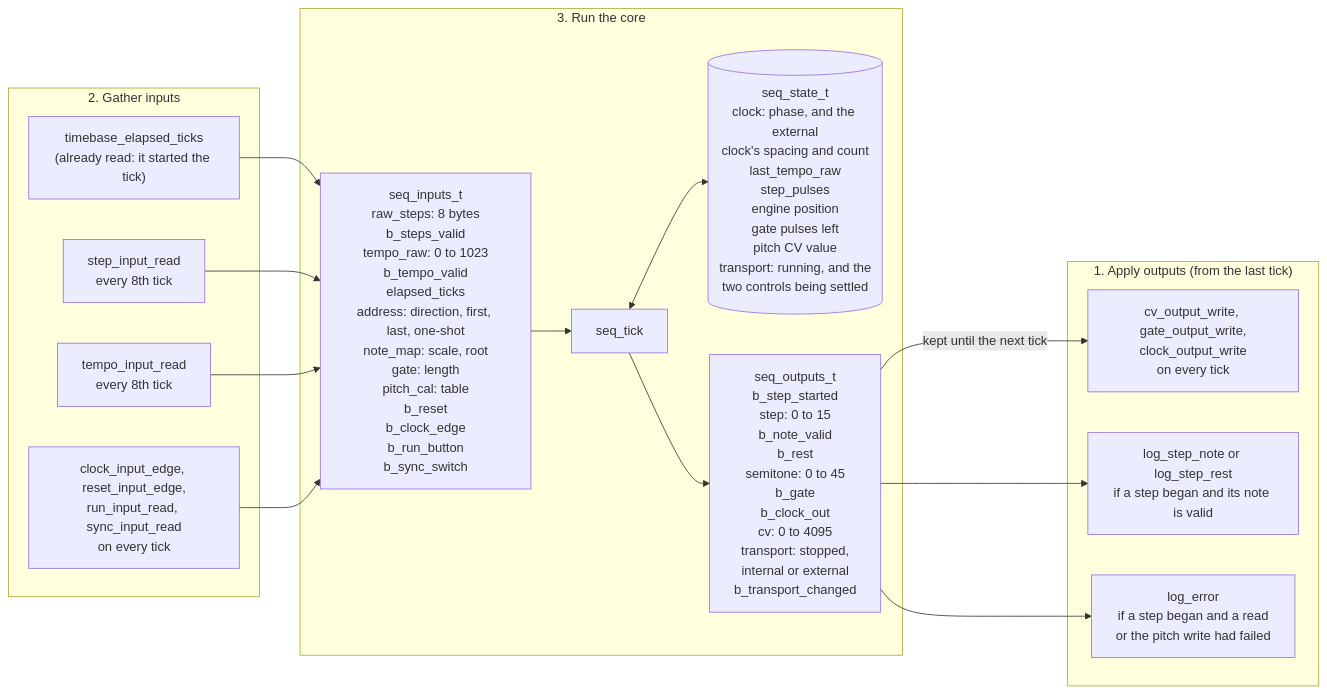
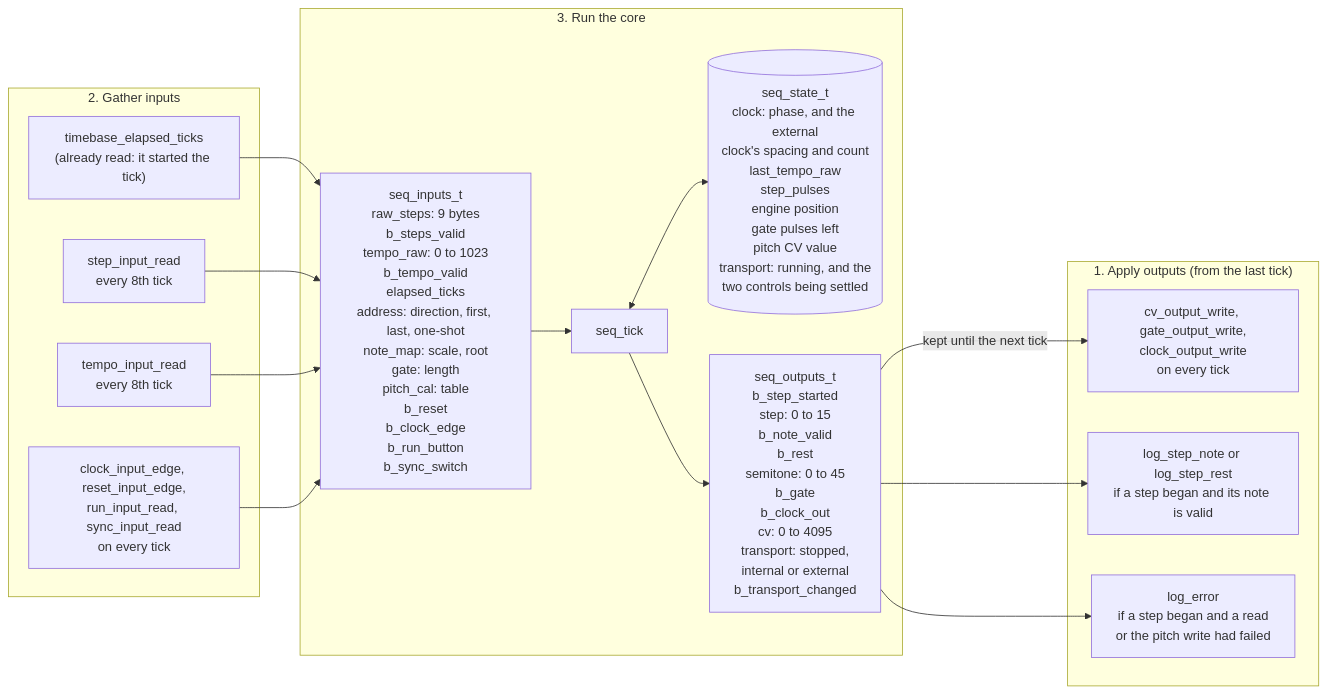
One commit to BonelessPig/nano_sequencer changed the fifth of 27 diagrams in docs/ARCHITECTURE.md. Above: the diagram before and after it, drawn with Mermaid. The commit also changed other lines of this file and 35 other files, not shown here.

````diff
--- a/docs/ARCHITECTURE.md
+++ b/docs/ARCHITECTURE.md
@@ -221,30 +222,30 @@
 ```mermaid
 flowchart LR
     subgraph apply["1. Apply outputs (from the last tick)"]
         pins["cv_output_write, gate_output_write,<br/>clock_output_write<br/>on every tick"]
         logn["log_step_note or log_step_rest<br/>if a step began and its note is valid"]
         loge["log_error<br/>if a step began and a read<br/>or the pitch write had failed"]
     end
     subgraph gather["2. Gather inputs"]
         tb["timebase_elapsed_ticks<br/>(already read: it started the tick)"]
         sr["step_input_read<br/>every 8th tick"]
         tr["tempo_input_read<br/>every 8th tick"]
         ti["clock_input_edge, reset_input_edge,<br/>run_input_read, sync_input_read<br/>on every tick"]
     end
     subgraph run["3. Run the core"]
-        in["seq_inputs_t<br/>raw_steps: 8 bytes<br/>b_steps_valid<br/>tempo_raw: 0 to 1023<br/>b_tempo_valid<br/>elapsed_ticks<br/>address: direction, first, last, one-shot<br/>note_map: scale, root<br/>gate: length<br/>pitch_cal: table<br/>b_reset<br/>b_clock_edge<br/>b_run_button<br/>b_sync_switch"]
+        in["seq_inputs_t<br/>raw_steps: 9 bytes<br/>b_steps_valid<br/>tempo_raw: 0 to 1023<br/>b_tempo_valid<br/>elapsed_ticks<br/>address: direction, first, last, one-shot<br/>note_map: scale, root<br/>gate: length<br/>pitch_cal: table<br/>b_reset<br/>b_clock_edge<br/>b_run_button<br/>b_sync_switch"]
         tick["seq_tick"]
         state[("seq_state_t<br/>clock: phase, and the external<br/>clock's spacing and count<br/>last_tempo_raw<br/>step_pulses<br/>engine position<br/>gate pulses left<br/>pitch CV value<br/>transport: running, and the<br/>two controls being settled")]
         out["seq_outputs_t<br/>b_step_started<br/>step: 0 to 15<br/>b_note_valid<br/>b_rest<br/>semitone: 0 to 45<br/>b_gate<br/>b_clock_out<br/>cv: 0 to 4095<br/>transport: stopped,<br/>internal or external<br/>b_transport_changed"]
     end
     tb --> in
     sr --> in
     tr --> in
     ti --> in
     in --> tick
     tick <--> state
     tick --> out
     out -->|"kept until the next tick"| pins
     out --> logn
     out --> loge
 ```
````
